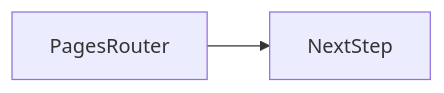
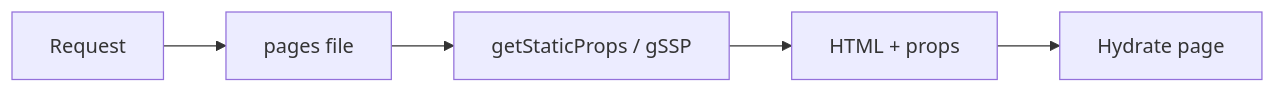
The second of 2 diagrams in docs/en/11-nextjs/pages-router/index.md (OmidJavaherii/Frontend-Engineering-Handbook), drawn with Mermaid before and after one commit. The commit also changed other lines of this file and 461 other files, not shown here.

````diff
--- a/docs/en/11-nextjs/pages-router/index.md
+++ b/docs/en/11-nextjs/pages-router/index.md
@@ -94,4 +122,7 @@
 ```mermaid
 flowchart LR
-  concept[PagesRouter] --> nextStep[NextStep]
+  Req[Request] --> Match[pages file]
+  Match --> GSP[getStaticProps / gSSP]
+  GSP --> HTML[HTML + props]
+  HTML --> Hydra[Hydrate page]
 ```
````
